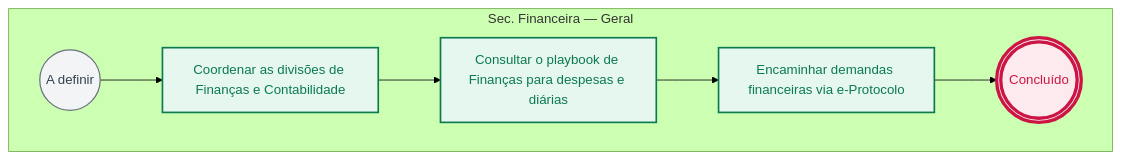
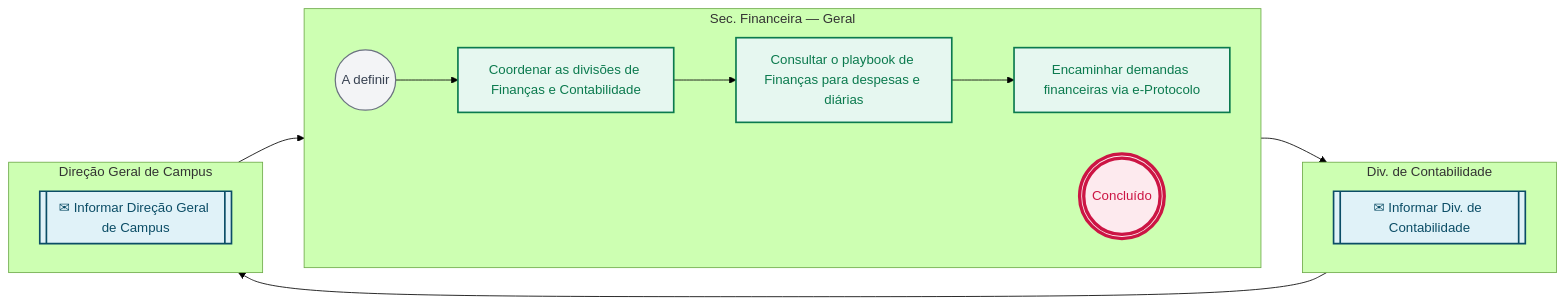
The second of 2 diagrams in pops/SFIN/SFIN-00.md (jessefers/canvas-vivo-atdg), drawn with Mermaid (forest theme) before and after one commit. The commit also changed other lines of this file and 95 other files, not shown here.

````diff
--- a/pops/SFIN/SFIN-00.md
+++ b/pops/SFIN/SFIN-00.md
@@ -115,24 +136,35 @@
 ```mermaid
 flowchart LR
   subgraph R1["Sec. Financeira — Geral"]
     direction LR
     e1(("A definir"))
     e2["Coordenar as divisões de Finanças e Contabilidade"]
     e3["Consultar o playbook de Finanças para despesas e diárias"]
     e4["Encaminhar demandas financeiras via e-Protocolo"]
-    e5((("Concluído")))
+    e7((("Concluído")))
+  end
+  subgraph R2["Div. de Contabilidade"]
+    direction LR
+    e5[["✉ Informar Div. de Contabilidade"]]
+  end
+  subgraph R3["Direção Geral de Campus"]
+    direction LR
+    e6[["✉ Informar Direção Geral de Campus"]]
   end
   e1 --> e2
   e2 --> e3
   e3 --> e4
   e4 --> e5
+  e5 --> e6
+  e6 --> e7
   classDef inicio fill:#f3f4f6,stroke:#6b7280,stroke-width:1.5px,color:#374151
   classDef atividade fill:#E6F7F0,stroke:#0B7A4E,stroke-width:2px,color:#0B7A4E
   classDef decisao fill:#FFF4ED,stroke:#C9783A,stroke-width:2px,color:#C9783A
   classDef fim fill:#FDEAEE,stroke:#CC1544,stroke-width:4px,color:#CC1544
   classDef pausa fill:#FDEAEE,stroke:#CC1544,stroke-width:2px,color:#CC1544
   classDef captura fill:#E0F2F8,stroke:#0B4D66,stroke-width:2px,color:#0B4D66
   class e1 inicio
   class e2,e3,e4 atividade
-  class e5 fim
+  class e5,e6 captura
+  class e7 fim
 ```
````
